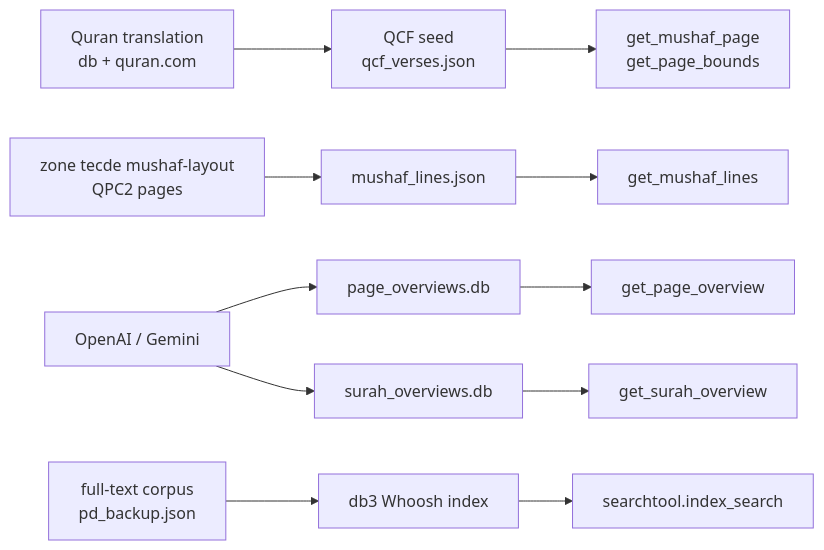
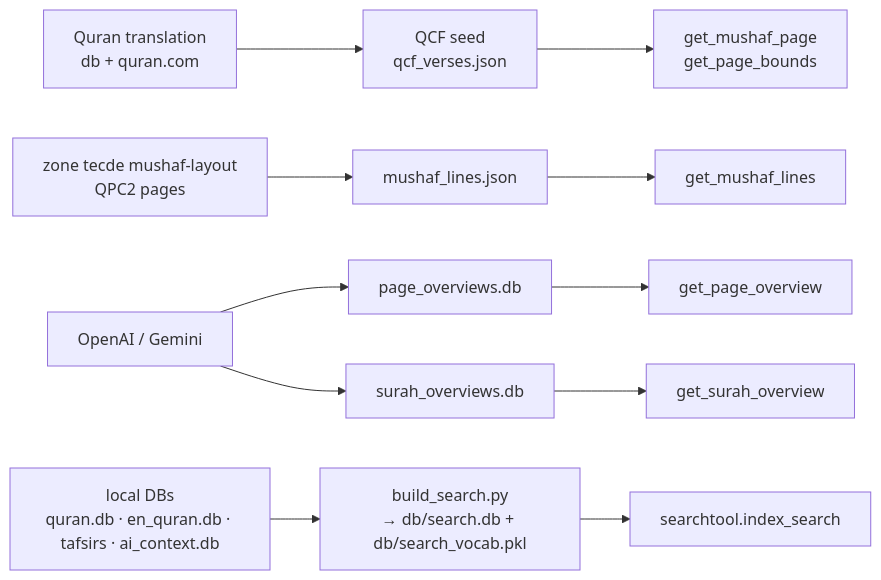
One commit to OnixHoque/aayatun changed diagram 15 of 15 in ARCHITECTURE.md. Above: the diagram before and after it, drawn with Mermaid. The commit also changed other lines of this file and 9 other files, not shown here.

Commit message:
Revamp search: FTS5 index with Arabic/Bengali normalization, typo tolerance, synonyms, reference jump

````diff
--- a/ARCHITECTURE.md
+++ b/ARCHITECTURE.md
@@ -1305,13 +1328,13 @@
 ```mermaid
 flowchart LR
     A["Quran translation<br/>db + quran.com"] --> B["QCF seed<br/>qcf_verses.json"]
     C["zone tecde mushaf-layout<br/>QPC2 pages"] --> D["mushaf_lines.json"]
     E["OpenAI / Gemini"] --> F["page_overviews.db"]
     E --> G["surah_overviews.db"]
-    H["full-text corpus<br/>pd_backup.json"] --> I["db3 Whoosh index"]
+    H["local DBs<br/>quran.db · en_quran.db · tafsirs · ai_context.db"] --> I["build_search.py<br/>→ db/search.db + db/search_vocab.pkl"]
     B --> J["get_mushaf_page<br/>get_page_bounds"]
     D --> K["get_mushaf_lines"]
     F --> L["get_page_overview"]
     G --> M["get_surah_overview"]
     I --> N["searchtool.index_search"]
 ```
````
